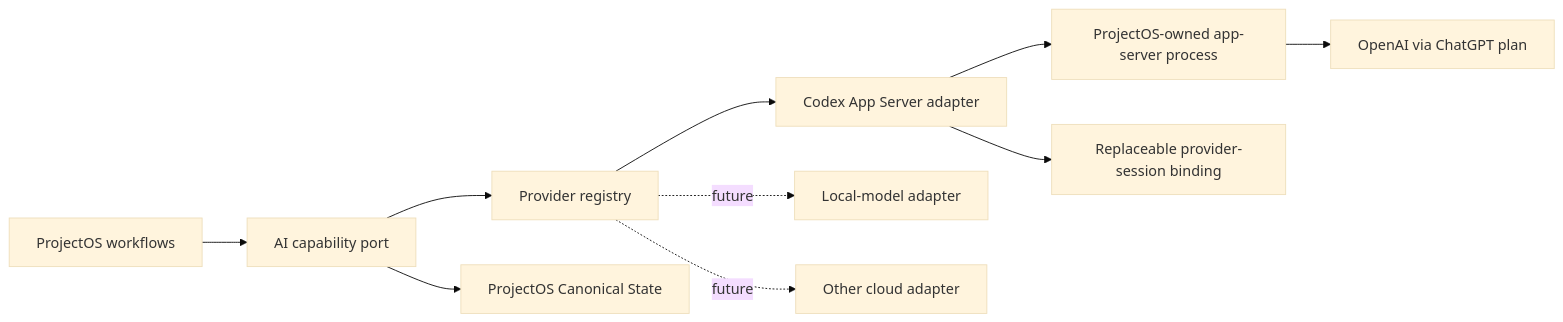
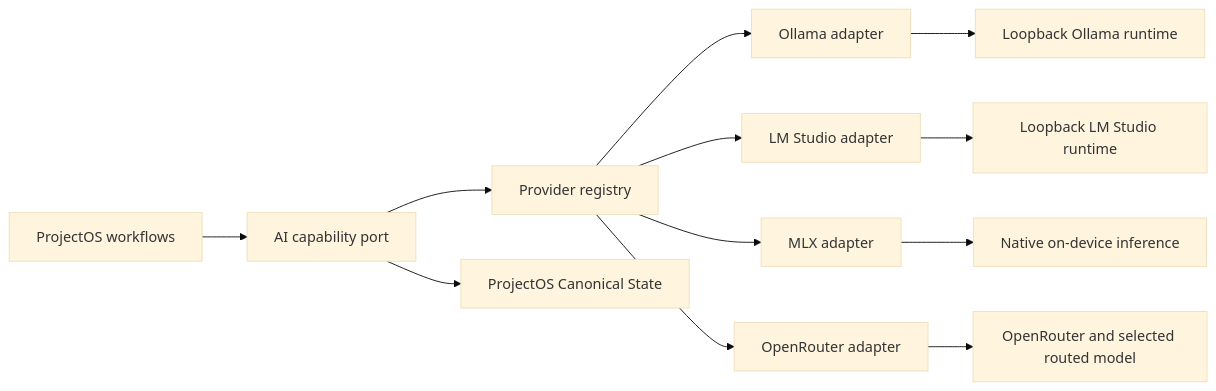
Before and after one commit to wfdehaan1/project-os: the diagram in _bmad-output/planning-artifacts/architecture/architecture-ProjectOS-2026-07-31/ARCHITECTURE-SPINE.md, drawn with Mermaid (base theme). The commit also changed other lines of this file and 39 other files, not shown here.

Commit message:
Align provider architecture with local-first MVP

````diff
--- a/_bmad-output/planning-artifacts/architecture/architecture-ProjectOS-2026-07-31/ARCHITECTURE-SPINE.md
+++ b/_bmad-output/planning-artifacts/architecture/architecture-ProjectOS-2026-07-31/ARCHITECTURE-SPINE.md
@@ -15,12 +16,14 @@
 ```mermaid
 flowchart LR
     UI["ProjectOS workflows"] --> PORT["AI capability port"]
     PORT --> REG["Provider registry"]
-    REG --> CODEX["Codex App Server adapter"]
-    REG -. future .-> LOCAL["Local-model adapter"]
-    REG -. future .-> CLOUD["Other cloud adapter"]
-    CODEX --> APP["ProjectOS-owned app-server process"]
-    APP --> OPENAI["OpenAI via ChatGPT plan"]
+    REG --> OLLAMA["Ollama adapter"]
+    REG --> LMSTUDIO["LM Studio adapter"]
+    REG --> MLX["MLX adapter"]
+    REG --> OPENROUTER["OpenRouter adapter"]
+    OLLAMA --> ORUNTIME["Loopback Ollama runtime"]
+    LMSTUDIO --> LRUNTIME["Loopback LM Studio runtime"]
+    MLX --> MRUNTIME["Native on-device inference"]
+    OPENROUTER --> CLOUD["OpenRouter and selected routed model"]
     PORT --> STATE["ProjectOS Canonical State"]
-    CODEX --> BIND["Replaceable provider-session binding"]
 ```
````
